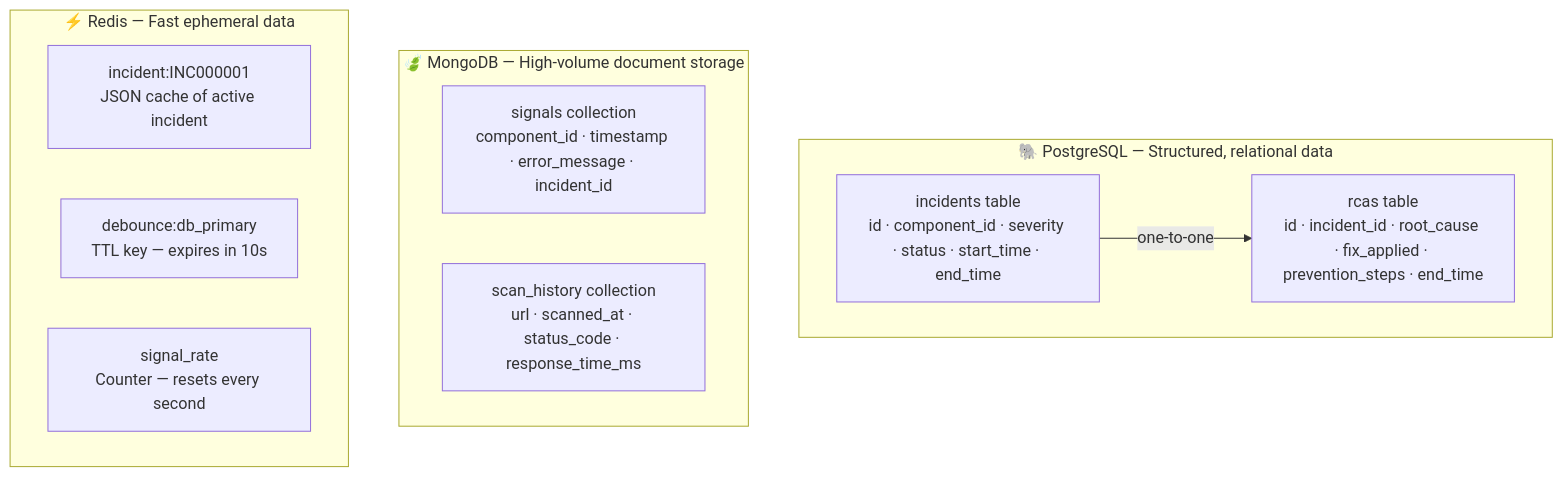
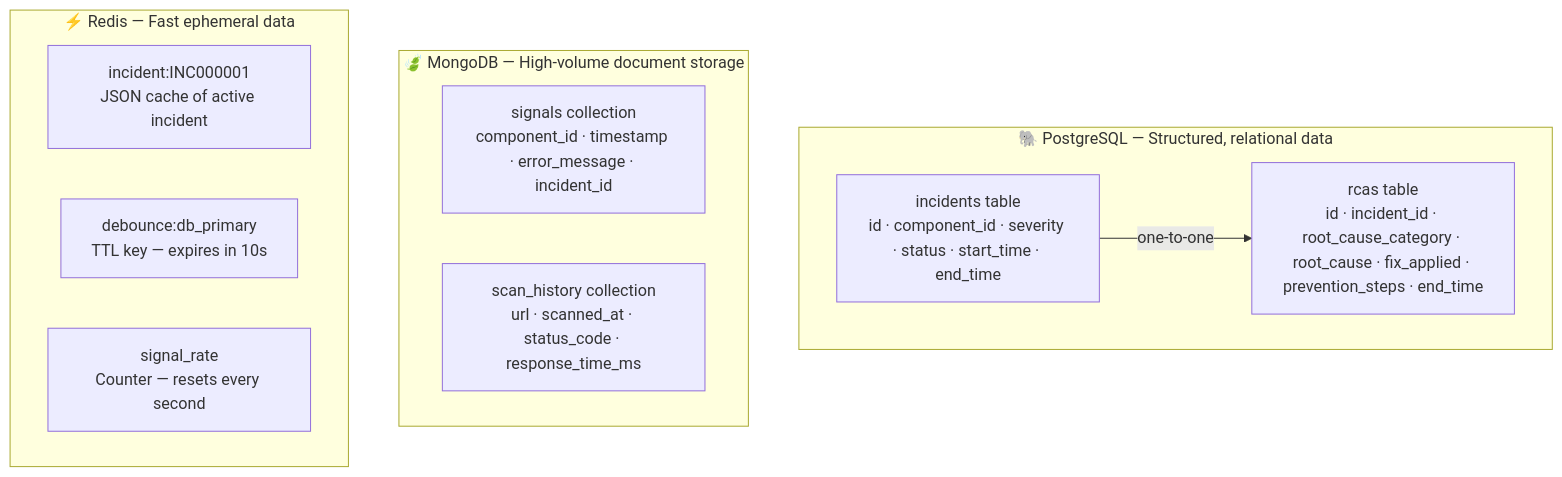
The eighth of 8 diagrams in README.md (ManishKudtarkar/incident-management), drawn with Mermaid before and after one commit. The commit also changed other lines of this file and 10 other files, not shown here.

Commit message:
Fix RCA close flow and update docs

````diff
--- a/README.md
+++ b/README.md
@@ -441,19 +443,19 @@
 ```mermaid
 graph TD
     subgraph PostgreSQL["🐘 PostgreSQL — Structured, relational data"]
         T1[incidents table<br/>id · component_id · severity · status · start_time · end_time]
-        T2[rcas table<br/>id · incident_id · root_cause · fix_applied · prevention_steps · end_time]
+        T2[rcas table<br/>id · incident_id · root_cause_category · root_cause · fix_applied · prevention_steps · end_time]
         T1 -->|one-to-one| T2
     end
 
     subgraph MongoDB["🍃 MongoDB — High-volume document storage"]
         C1[signals collection<br/>component_id · timestamp · error_message · incident_id]
         C2[scan_history collection<br/>url · scanned_at · status_code · response_time_ms]
     end
 
     subgraph Redis["⚡ Redis — Fast ephemeral data"]
         K1[incident:INC000001<br/>JSON cache of active incident]
         K2[debounce:db_primary<br/>TTL key — expires in 10s]
         K3[signal_rate<br/>Counter — resets every second]
     end
 ```
````
